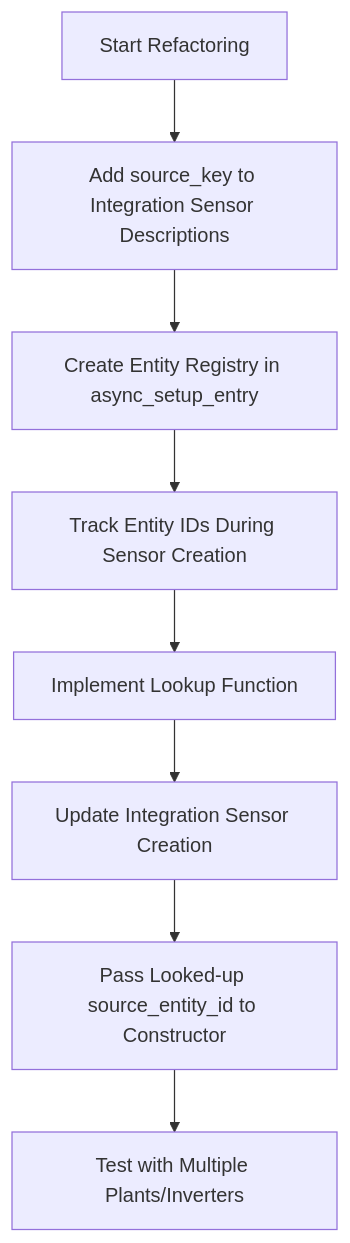
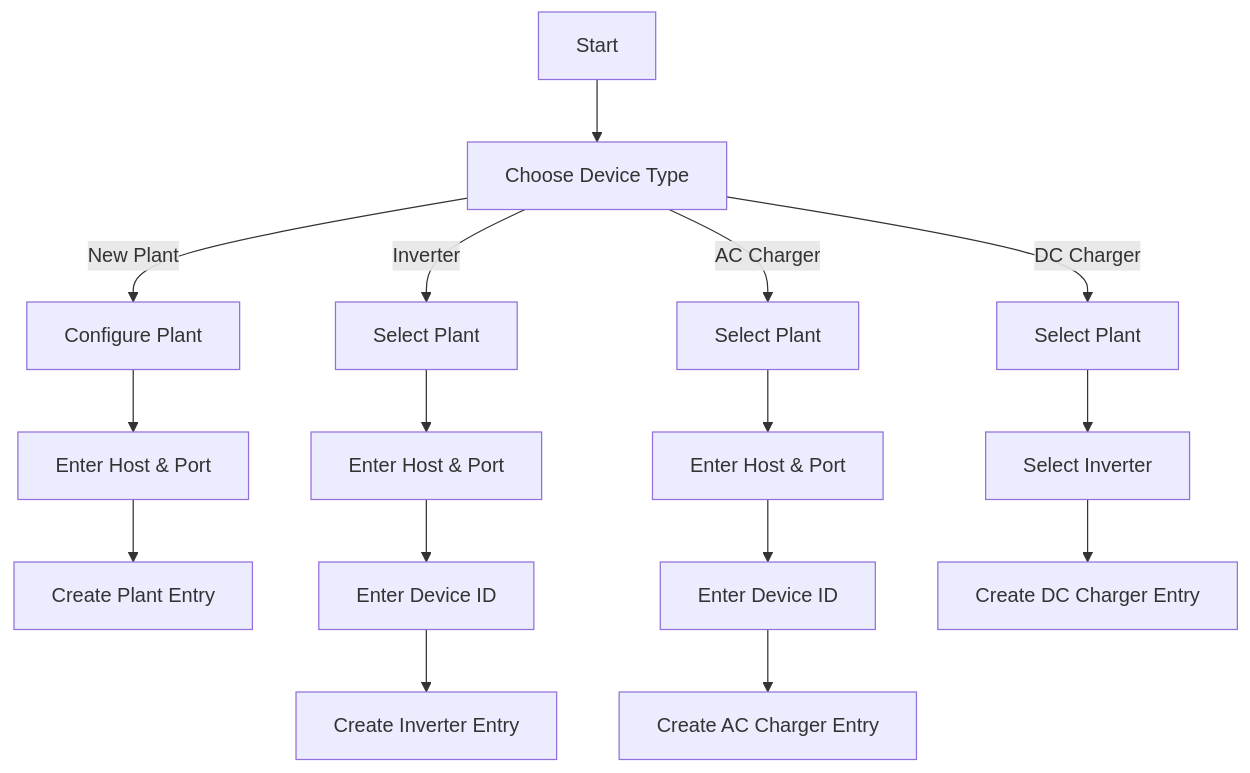
The diagram in refactoring_plan.md (lawther/Sigenergy-Local-Modbus), drawn with Mermaid before and after one commit. The commit also changed other lines of this file and 6 other files, not shown here.

````diff
--- a/refactoring_plan.md
+++ b/refactoring_plan.md
@@ -17,10 +51,22 @@
 ```mermaid
 flowchart TD
-    A[Start Refactoring] --> B[Add source_key to Integration Sensor Descriptions]
-    B --> C[Create Entity Registry in async_setup_entry]
-    C --> D[Track Entity IDs During Sensor Creation]
-    D --> E[Implement Lookup Function]
-    E --> F[Update Integration Sensor Creation]
-    F --> G[Pass Looked-up source_entity_id to Constructor]
-    G --> H[Test with Multiple Plants/Inverters]
+    A[Start] --> B[Choose Device Type]
+    B -->|New Plant| C[Configure Plant]
+    B -->|Inverter| D[Select Plant]
+    B -->|AC Charger| E[Select Plant]
+    B -->|DC Charger| F[Select Plant]
+    
+    C --> C1[Enter Host & Port]
+    C1 --> C2[Create Plant Entry]
+    
+    D --> D1[Enter Host & Port]
+    D1 --> D2[Enter Device ID]
+    D2 --> D3[Create Inverter Entry]
+    
+    E --> E1[Enter Host & Port]
+    E1 --> E2[Enter Device ID]
+    E2 --> E3[Create AC Charger Entry]
+    
+    F --> F1[Select Inverter]
+    F1 --> F2[Create DC Charger Entry]
 ```
````
